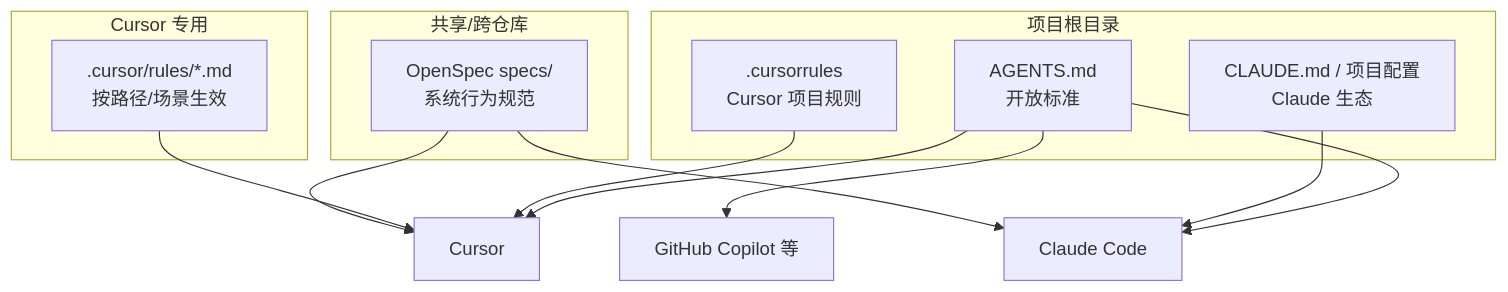
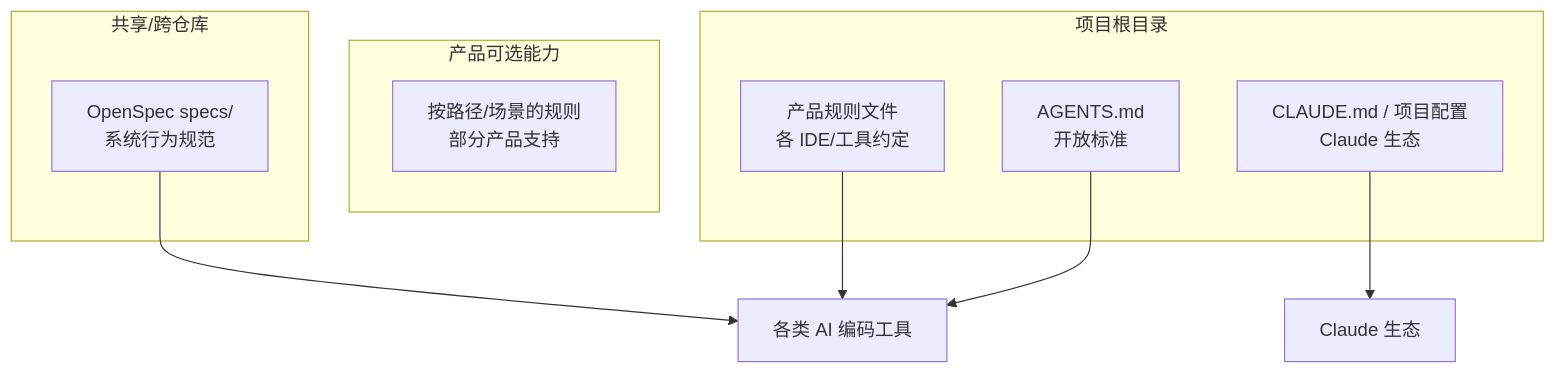
One commit to nishigepi8/note changed the second of 3 diagrams in AI/Agent执行流程与规范-AGENTS与规则文档.md. Above: the diagram before and after it, drawn with Mermaid. The commit also changed other lines of this file and 1 other file, not shown here.

````diff
--- a/AI/Agent执行流程与规范-AGENTS与规则文档.md
+++ b/AI/Agent执行流程与规范-AGENTS与规则文档.md
@@ -55,27 +55,21 @@
 ```mermaid
 graph TB
-    subgraph 项目根目录
-        AGENTS[AGENTS.md<br/>开放标准]
-        CURSOR[.cursorrules<br/>Cursor 项目规则]
-        CLAUDE[CLAUDE.md / 项目配置<br/>Claude 生态]
+    subgraph root["项目根目录"]
+        AGENTS["AGENTS.md<br/>开放标准"]
+        PRODUCT["产品规则文件<br/>各 IDE/工具约定"]
+        CLAUDE["CLAUDE.md / 项目配置<br/>Claude 生态"]
     end
 
-    subgraph Cursor 专用
-        RULES[.cursor/rules/*.md<br/>按路径/场景生效]
+    subgraph optional["产品可选能力"]
+        RULES["按路径/场景的规则<br/>部分产品支持"]
     end
 
-    subgraph 共享/跨仓库
-        SPEC[OpenSpec specs/<br/>系统行为规范]
+    subgraph shared["共享/跨仓库"]
+        SPEC["OpenSpec specs/<br/>系统行为规范"]
     end
 
-    AGENTS --> Cursor[Cursor]
-    AGENTS --> Claude[Claude Code]
-    AGENTS --> Copilot[GitHub Copilot 等]
-
-    CURSOR --> Cursor
-    RULES --> Cursor
-
-    CLAUDE --> Claude
-    SPEC --> Cursor
-    SPEC --> Claude
+    AGENTS --> Tools["各类 AI 编码工具"]
+    PRODUCT --> Tools
+    CLAUDE --> Claude["Claude 生态"]
+    SPEC --> Tools
 ```
````
